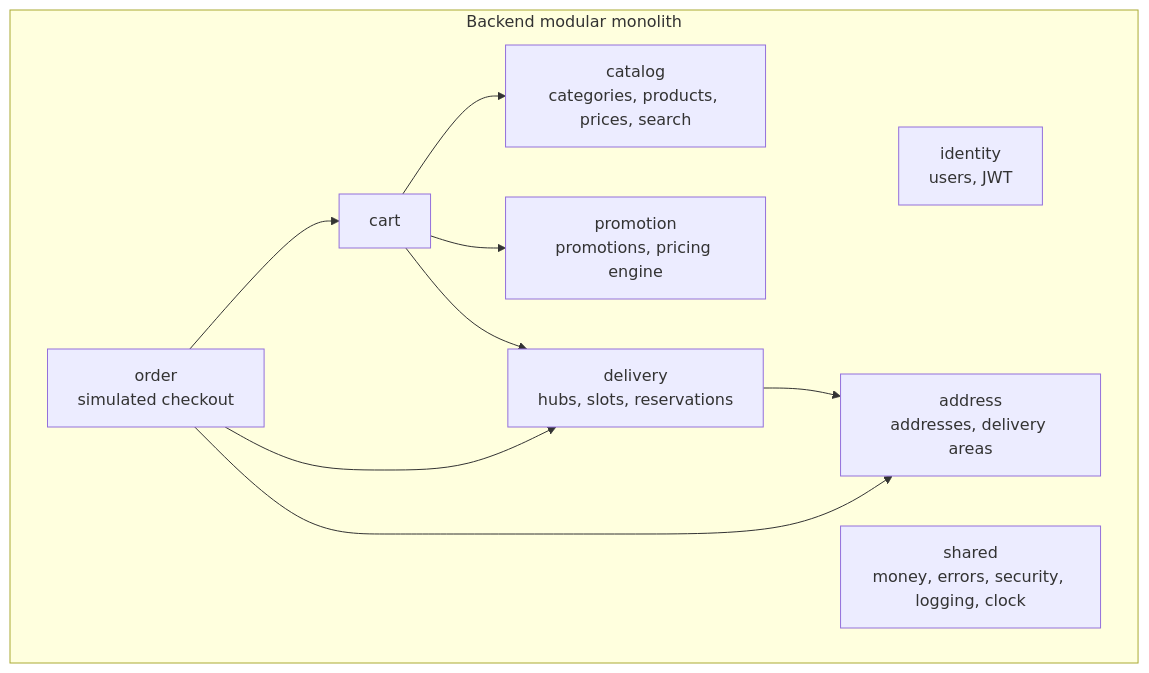
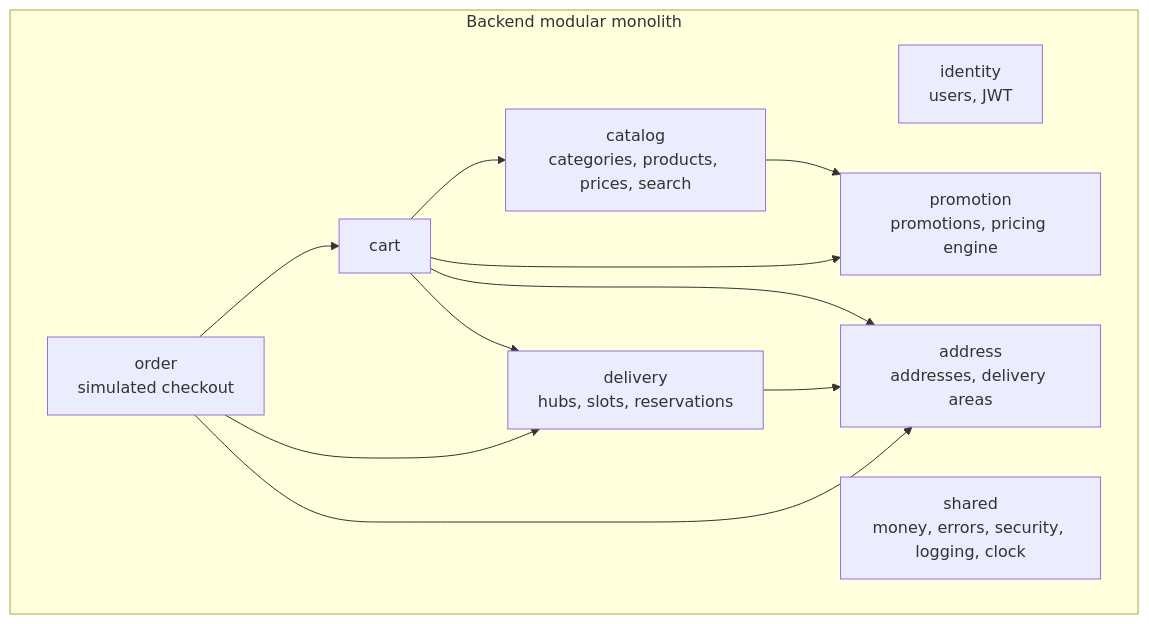
Before and after one commit to uptonext-org/dukkan: the third of 3 diagrams in docs/architecture/overview.md, drawn with Mermaid. The commit also changed other lines of this file and 16 other files, not shown here.

````diff
--- a/docs/architecture/overview.md
+++ b/docs/architecture/overview.md
@@ -40,20 +40,22 @@
 ```mermaid
 flowchart TB
   subgraph backend[Backend modular monolith]
     identity[identity<br/>users, JWT]
     catalog[catalog<br/>categories, products, prices, search]
     promotion[promotion<br/>promotions, pricing engine]
     cart[cart]
     address[address<br/>addresses, delivery areas]
     delivery[delivery<br/>hubs, slots, reservations]
     order[order<br/>simulated checkout]
     shared[shared<br/>money, errors, security, logging, clock]
   end
+  catalog --> promotion
   cart --> catalog
+  cart --> address
   cart --> promotion
   cart --> delivery
   delivery --> address
   order --> cart
   order --> delivery
   order --> address
 ```
````
